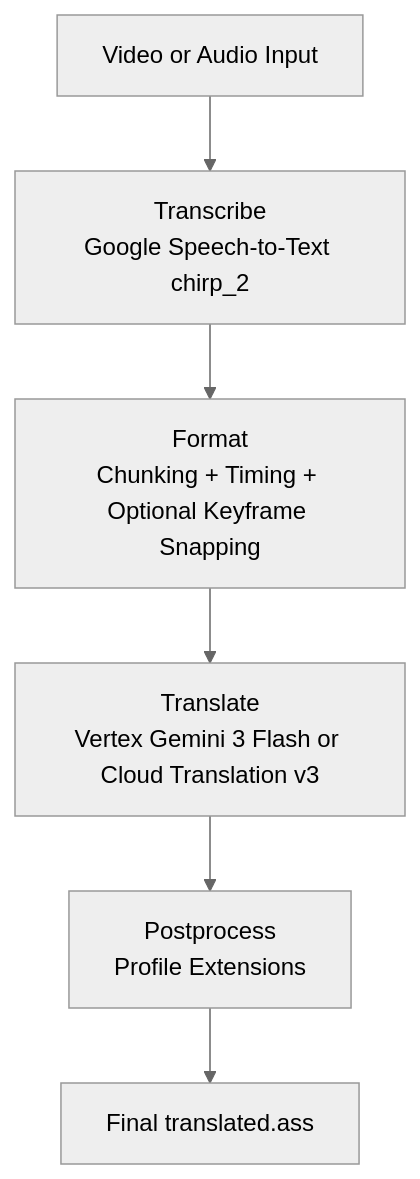
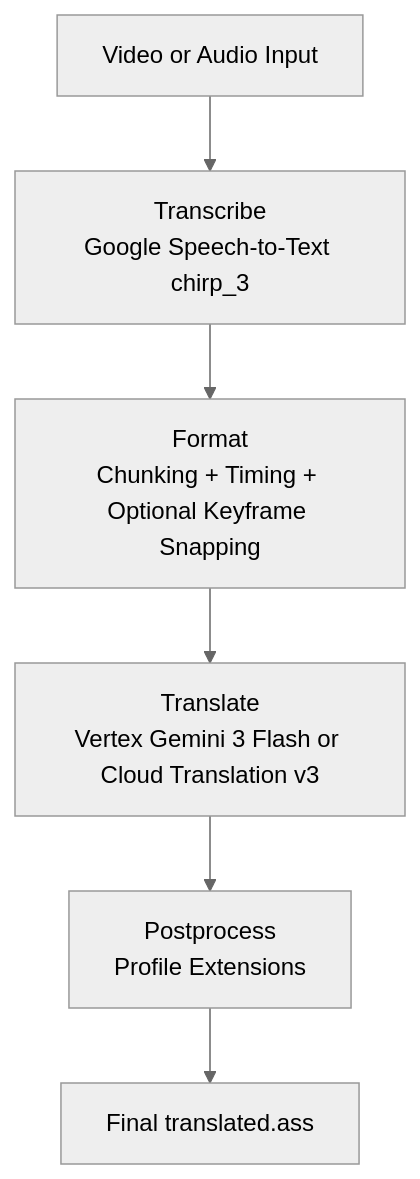
One commit to mting314/autosub changed the diagram in README.md. Above: the diagram before and after it, drawn with Mermaid (neutral theme). The commit also changed other lines of this file, not shown here.

Commit message:
document speaker diarization, Chirp 3 upgrade, speaker maps, and audio chunking

````diff
--- a/README.md
+++ b/README.md
@@ -14,8 +14,8 @@
 ```mermaid
 graph TD
-    A[Video or Audio Input] --> B[Transcribe<br/>Google Speech-to-Text chirp_2]
+    A[Video or Audio Input] --> B[Transcribe<br/>Google Speech-to-Text chirp_3]
     B --> C[Format<br/>Chunking + Timing + Optional Keyframe Snapping]
     C --> D[Translate<br/>Vertex Gemini 3 Flash or Cloud Translation v3]
     D --> E[Postprocess<br/>Profile Extensions]
     E --> F[Final translated.ass]
 ```
````
